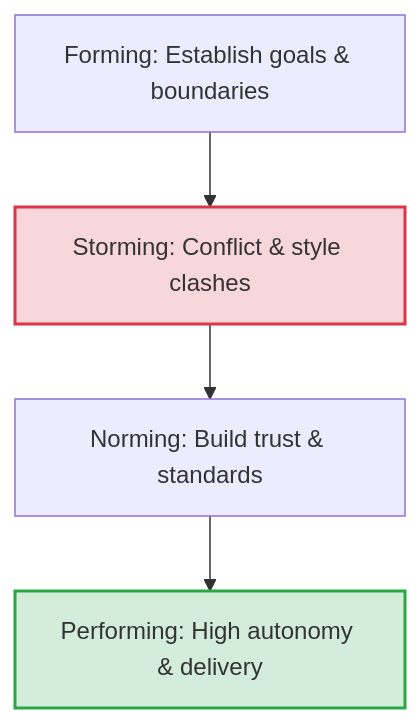
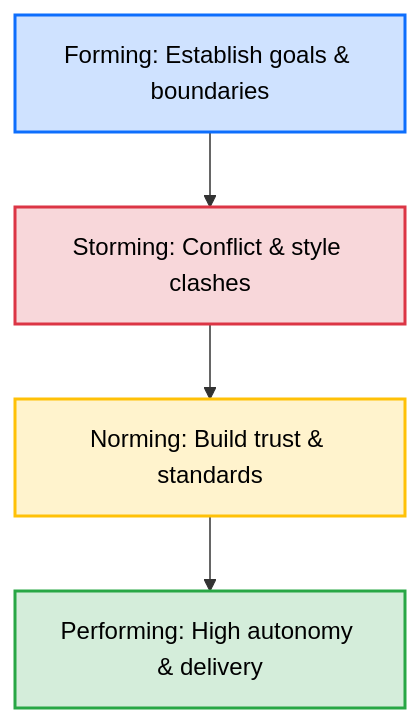
The diagram in src/pages/06-behavioral-and-leadership/team-leadership/index.mdx (akshay-k-r/Interview-Prep-Resource), drawn with Mermaid before and after one commit. The commit also changed 3 other files, not shown here.

Commit message:
Fixed broken diagram for few page

````diff
--- a/src/pages/06-behavioral-and-leadership/team-leadership/index.mdx
+++ b/src/pages/06-behavioral-and-leadership/team-leadership/index.mdx
@@ -51,9 +51,11 @@
 ```mermaid
 graph TD
     Forming[Forming: Establish goals & boundaries] --> Storming[Storming: Conflict & style clashes]
     Storming --> Norming[Norming: Build trust & standards]
     Norming --> Performing[Performing: High autonomy & delivery]
     
-    style Performing fill:#d4edda,stroke:#28a745,stroke-width:2px
-    style Storming fill:#f8d7da,stroke:#dc3545,stroke-width:2px
+    style Performing fill:#d4edda,stroke:#28a745,stroke-width:2px,color:black
+    style Storming fill:#f8d7da,stroke:#dc3545,stroke-width:2px,color:black
+    style Norming fill:#fff3cd,stroke:#ffc107,stroke-width:2px,color:black
+    style Forming fill:#cfe2ff,stroke:#0d6efd,stroke-width:2px,color:black
 ```
````
